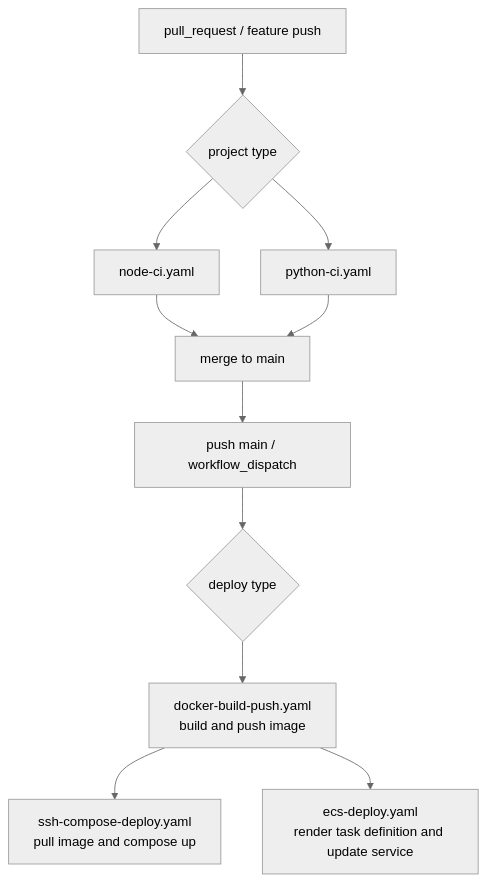
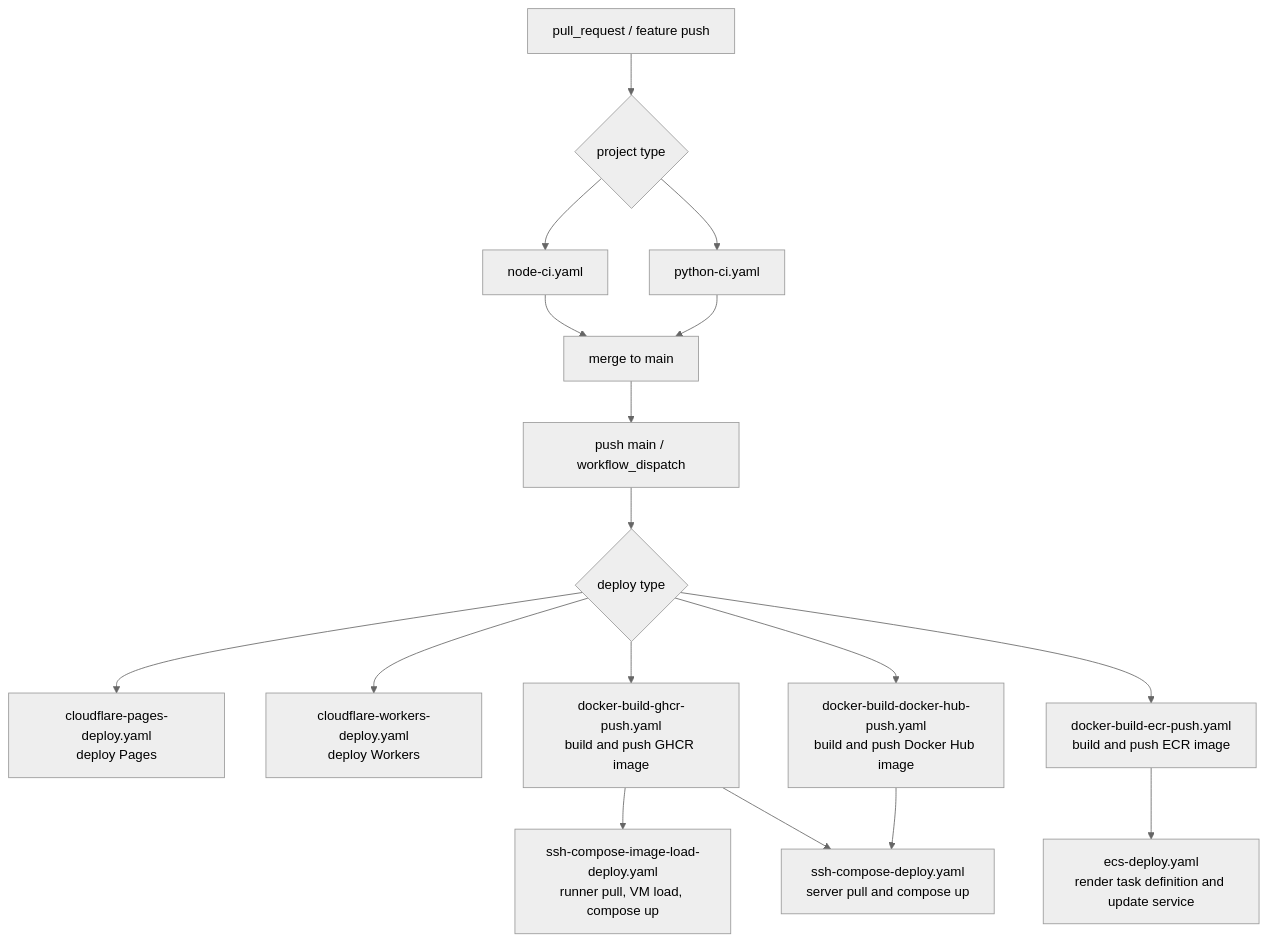
One commit to wibaek/gha changed the first of 2 diagrams in README.md. Above: the diagram before and after it, drawn with Mermaid (neutral theme). The commit also changed other lines of this file and 17 other files, not shown here.

First line of the commit message:
feat(actions): registry별 Docker 배포 워크플로우 추가

````diff
--- a/README.md
+++ b/README.md
@@ -38,15 +46,22 @@
 ```mermaid
 flowchart TD
   pr["pull_request / feature push"] --> ci_choice{"project type"}
   ci_choice --> node_ci["node-ci.yaml"]
   ci_choice --> python_ci["python-ci.yaml"]
   node_ci --> merge["merge to main"]
   python_ci --> merge
 
   merge --> deploy_trigger["push main / workflow_dispatch"]
   deploy_trigger --> deploy_choice{"deploy type"}
 
-  deploy_choice --> docker_build["docker-build-push.yaml<br/>build and push image"]
-  docker_build --> ssh_deploy["ssh-compose-deploy.yaml<br/>pull image and compose up"]
-  docker_build --> ecs_deploy["ecs-deploy.yaml<br/>render task definition and update service"]
+  deploy_choice --> pages["cloudflare-pages-deploy.yaml<br/>deploy Pages"]
+  deploy_choice --> workers["cloudflare-workers-deploy.yaml<br/>deploy Workers"]
+  deploy_choice --> docker_ghcr["docker-build-ghcr-push.yaml<br/>build and push GHCR image"]
+  deploy_choice --> docker_ecr["docker-build-ecr-push.yaml<br/>build and push ECR image"]
+  deploy_choice --> docker_hub["docker-build-docker-hub-push.yaml<br/>build and push Docker Hub image"]
+
+  docker_ghcr --> ssh_image_load["ssh-compose-image-load-deploy.yaml<br/>runner pull, VM load, compose up"]
+  docker_ghcr --> ssh_deploy["ssh-compose-deploy.yaml<br/>server pull and compose up"]
+  docker_hub --> ssh_deploy
+  docker_ecr --> ecs_deploy["ecs-deploy.yaml<br/>render task definition and update service"]
 ```
````
